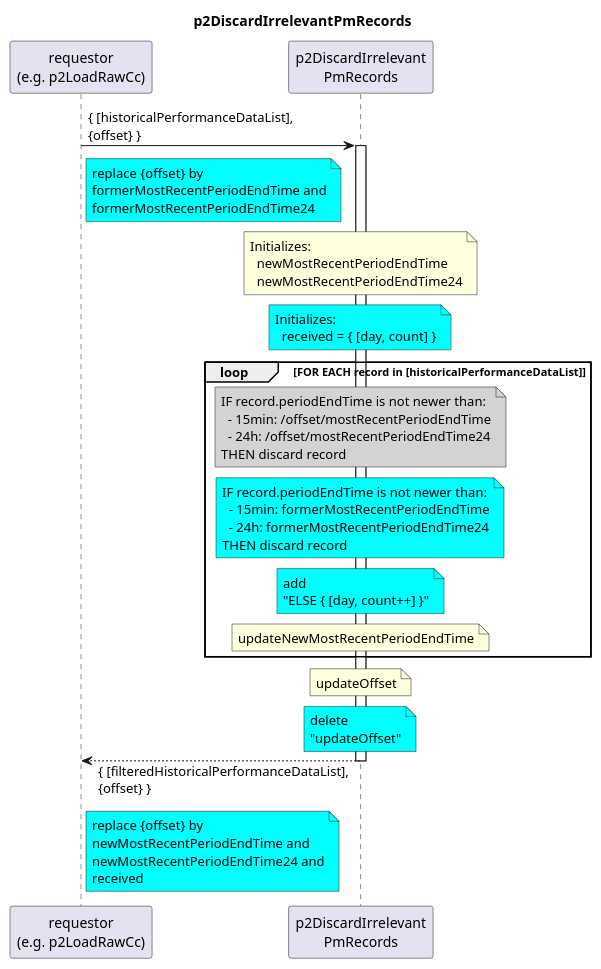
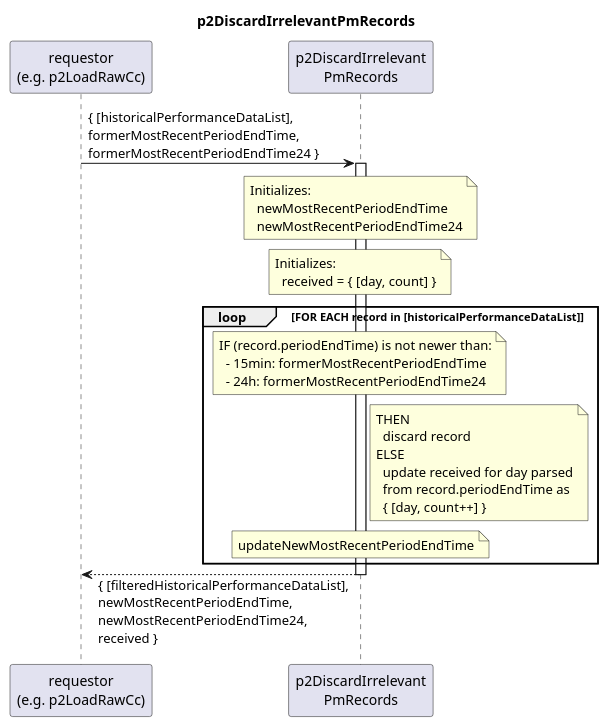
Before and after one commit to openBackhaul/DevicePerformanceManagementDataProcessor: the diagram in spec/Functions/p1StreamPmData/p2ProcessDevice/p2LoadRawCc/p2DiscardIrrelevantPmRecords/1.0.0/p2DiscardIrrelevantPmRecords.plantuml, drawn with PlantUML. The commit also changed 5 other files, not shown here.

```diff
--- a/spec/Functions/p1StreamPmData/p2ProcessDevice/p2LoadRawCc/p2DiscardIrrelevantPmRecords/1.0.0/p2DiscardIrrelevantPmRecords.plantuml
+++ b/spec/Functions/p1StreamPmData/p2ProcessDevice/p2LoadRawCc/p2DiscardIrrelevantPmRecords/1.0.0/p2DiscardIrrelevantPmRecords.plantuml
@@ -1,73 +1,52 @@
 @startuml p2DiscardIrrelevantPmRecords
 skinparam responseMessageBelowArrow true
 
 title
   p2DiscardIrrelevantPmRecords
 end title
 
 participant "requestor\n(e.g. p2LoadRawCc)" as requestor
 participant "p2DiscardIrrelevant\nPmRecords" as cur
 
 
-requestor -> cur: { [historicalPerformanceDataList],\n{offset} }
-note right requestor #Cyan
-  replace {offset} by
-  formerMostRecentPeriodEndTime and
-  formerMostRecentPeriodEndTime24
-end note
+requestor -> cur: { [historicalPerformanceDataList],\nformerMostRecentPeriodEndTime,\nformerMostRecentPeriodEndTime24 }
+
 activate cur
 
   note over cur
     Initializes:
       newMostRecentPeriodEndTime
       newMostRecentPeriodEndTime24
   end note
-  note over cur #Cyan
+  note over cur
     Initializes:
       received = { [day, count] }
   end note
 
   loop FOR EACH record in [historicalPerformanceDataList]
 
-    note over cur #LightGray
-      IF record.periodEndTime is not newer than:
-        - 15min: /offset/mostRecentPeriodEndTime
-        - 24h: /offset/mostRecentPeriodEndTime24
-      THEN discard record
-    end note
-    note over cur #Cyan
-      IF record.periodEndTime is not newer than:
+    note over cur
+      IF (record.periodEndTime) is not newer than:
         - 15min: formerMostRecentPeriodEndTime
         - 24h: formerMostRecentPeriodEndTime24
-      THEN discard record
     end note
-    note over cur #Cyan
-      add
-      "ELSE { [day, count++] }"
+    note right cur
+      THEN
+        discard record
+      ELSE
+        update received for day parsed
+        from record.periodEndTime as
+        { [day, count++] }
     end note
 
     note over cur
       updateNewMostRecentPeriodEndTime
     end note
 
   end loop
 
-  note over cur
-    updateOffset
-  end note
-  note over cur #Cyan
-    delete
-    "updateOffset"
-  end note
-
-requestor <-- cur: { [filteredHistoricalPerformanceDataList],\n{offset} }
-note right requestor #Cyan
-  replace {offset} by
-  newMostRecentPeriodEndTime and
-  newMostRecentPeriodEndTime24 and
-  received
-end note
+requestor <-- cur: { [filteredHistoricalPerformanceDataList],\nnewMostRecentPeriodEndTime,\nnewMostRecentPeriodEndTime24,\nreceived }
 
 deactivate cur
 
 @enduml
```
